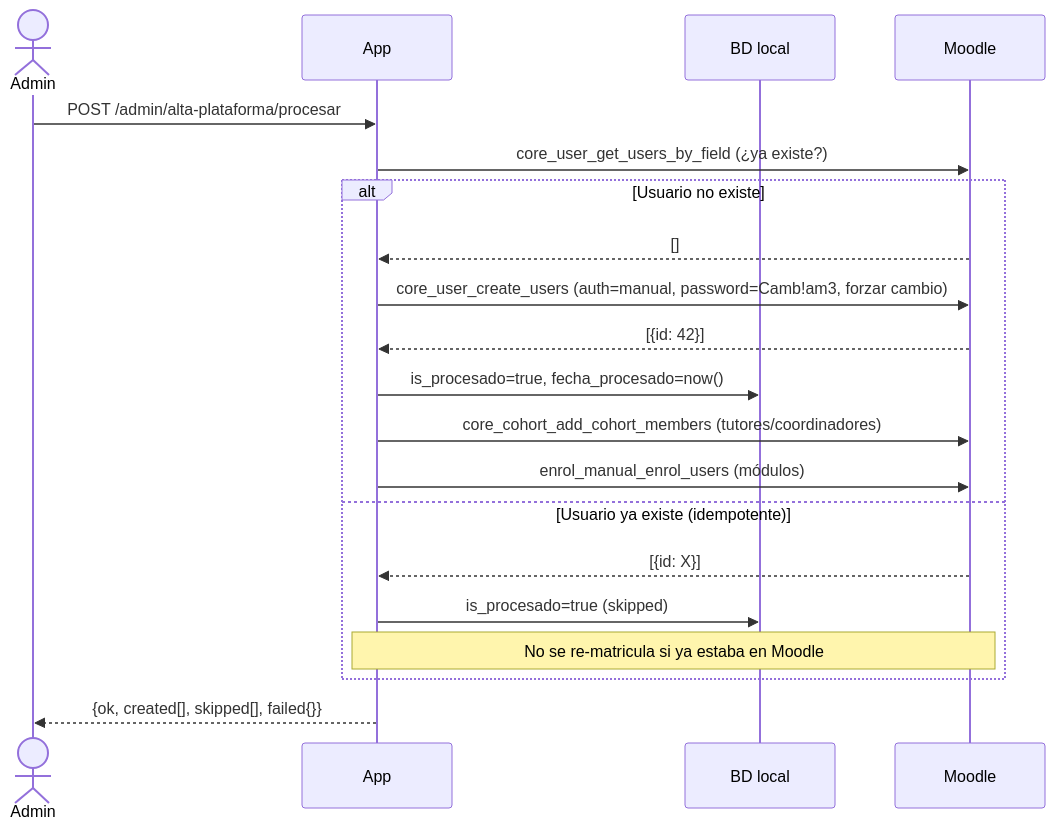
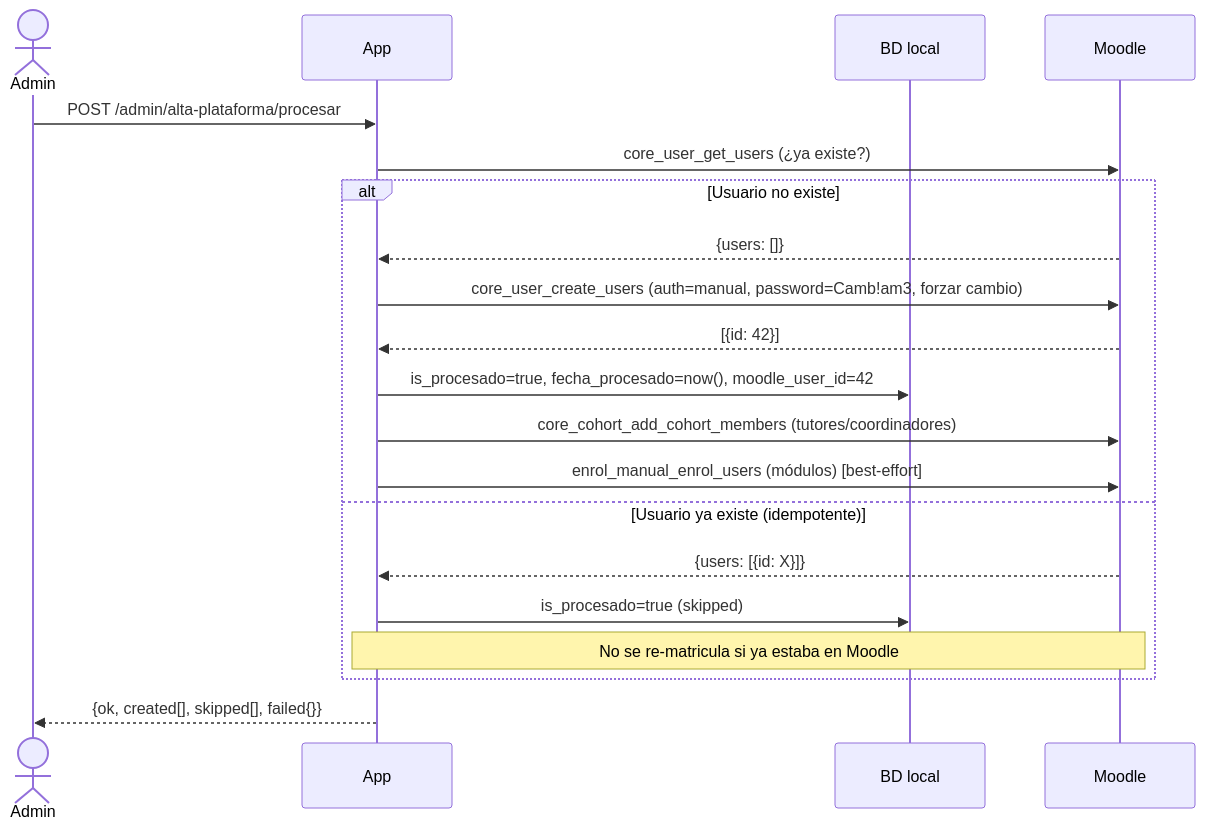
Before and after one commit to rsvisu/CD_fpVirtualGestionDocentes: the first of 4 diagrams in docs/MOODLE.md, drawn with Mermaid. The commit also changed other lines of this file and 8 other files, not shown here.

````diff
--- a/docs/MOODLE.md
+++ b/docs/MOODLE.md
@@ -65,23 +67,23 @@
 ```mermaid
 sequenceDiagram
     actor Admin
     participant App
     participant BD as BD local
     participant Moodle
 
     Admin->>App: POST /admin/alta-plataforma/procesar
-    App->>Moodle: core_user_get_users_by_field (¿ya existe?)
+    App->>Moodle: core_user_get_users (¿ya existe?)
     alt Usuario no existe
-        Moodle-->>App: []
+        Moodle-->>App: {users: []}
         App->>Moodle: core_user_create_users (auth=manual, password=Camb!am3, forzar cambio)
         Moodle-->>App: [{id: 42}]
-        App->>BD: is_procesado=true, fecha_procesado=now()
+        App->>BD: is_procesado=true, fecha_procesado=now(), moodle_user_id=42
         App->>Moodle: core_cohort_add_cohort_members (tutores/coordinadores)
-        App->>Moodle: enrol_manual_enrol_users (módulos)
+        App->>Moodle: enrol_manual_enrol_users (módulos) [best-effort]
     else Usuario ya existe (idempotente)
-        Moodle-->>App: [{id: X}]
+        Moodle-->>App: {users: [{id: X}]}
         App->>BD: is_procesado=true (skipped)
         Note over App,Moodle: No se re-matricula si ya estaba en Moodle
     end
     App-->>Admin: {ok, created[], skipped[], failed{}}
 ```
````
